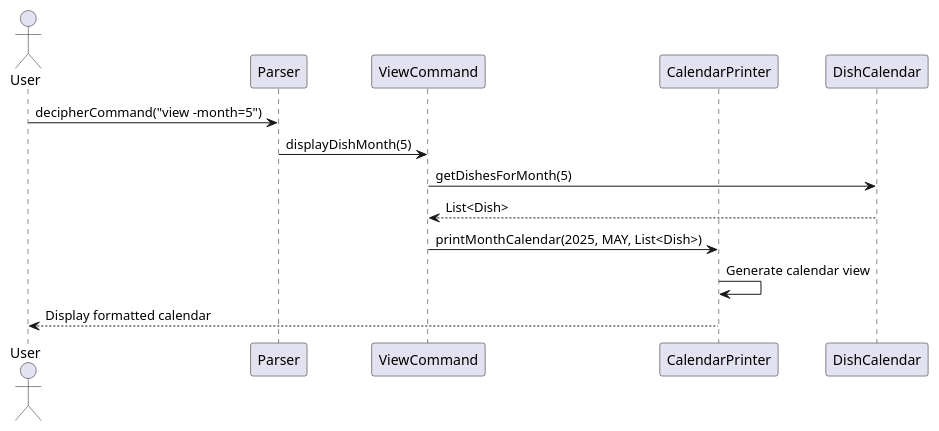
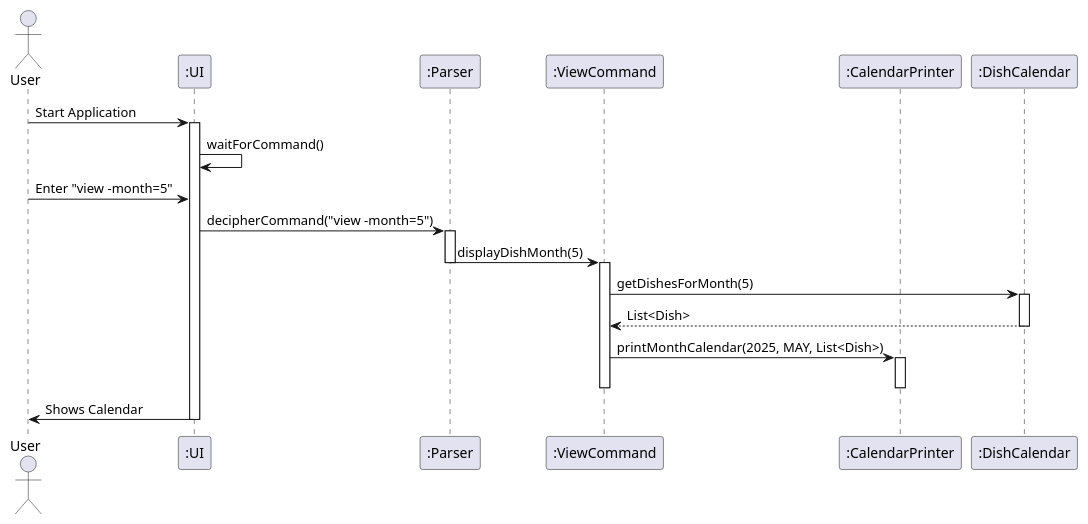
The diagram in src/main/java/seedu/cookingaids/diagrams/SquenceView.puml (whalesyong/tp), drawn with PlantUML before and after one commit. The commit also changed 3 other files, not shown here.

Commit message:
Adjusted sequenceView UML

```diff
--- a/src/main/java/seedu/cookingaids/diagrams/SquenceView.puml
+++ b/src/main/java/seedu/cookingaids/diagrams/SquenceView.puml
@@ -1,16 +1,32 @@
 @startuml
 actor User
-participant Parser
-participant ViewCommand
-participant CalendarPrinter
-participant DishCalendar
+participant ":UI" as UI
+participant ":Parser" as Parser
+participant ":ViewCommand" as ViewCommand
+participant ":CalendarPrinter" as CalendarPrinter
+participant ":DishCalendar" as DishCalendar
 
-User -> Parser: decipherCommand("view -month=5")
+User -> UI: Start Application
+activate UI
+UI -> UI: waitForCommand()
+User -> UI: Enter "view -month=5"
+
+UI -> Parser: decipherCommand("view -month=5")
+activate Parser
 Parser -> ViewCommand: displayDishMonth(5)
+deactivate Parser
+
+activate ViewCommand
 ViewCommand -> DishCalendar: getDishesForMonth(5)
+activate DishCalendar
 DishCalendar --> ViewCommand: List<Dish>
+deactivate DishCalendar
+
 ViewCommand -> CalendarPrinter: printMonthCalendar(2025, MAY, List<Dish>)
-CalendarPrinter -> CalendarPrinter: Generate calendar view
-CalendarPrinter --> User: Display formatted calendar
+activate CalendarPrinter
+deactivate ViewCommand
+deactivate CalendarPrinter
+UI -> User:Shows Calendar
+deactivate UI
 
 @enduml
```
